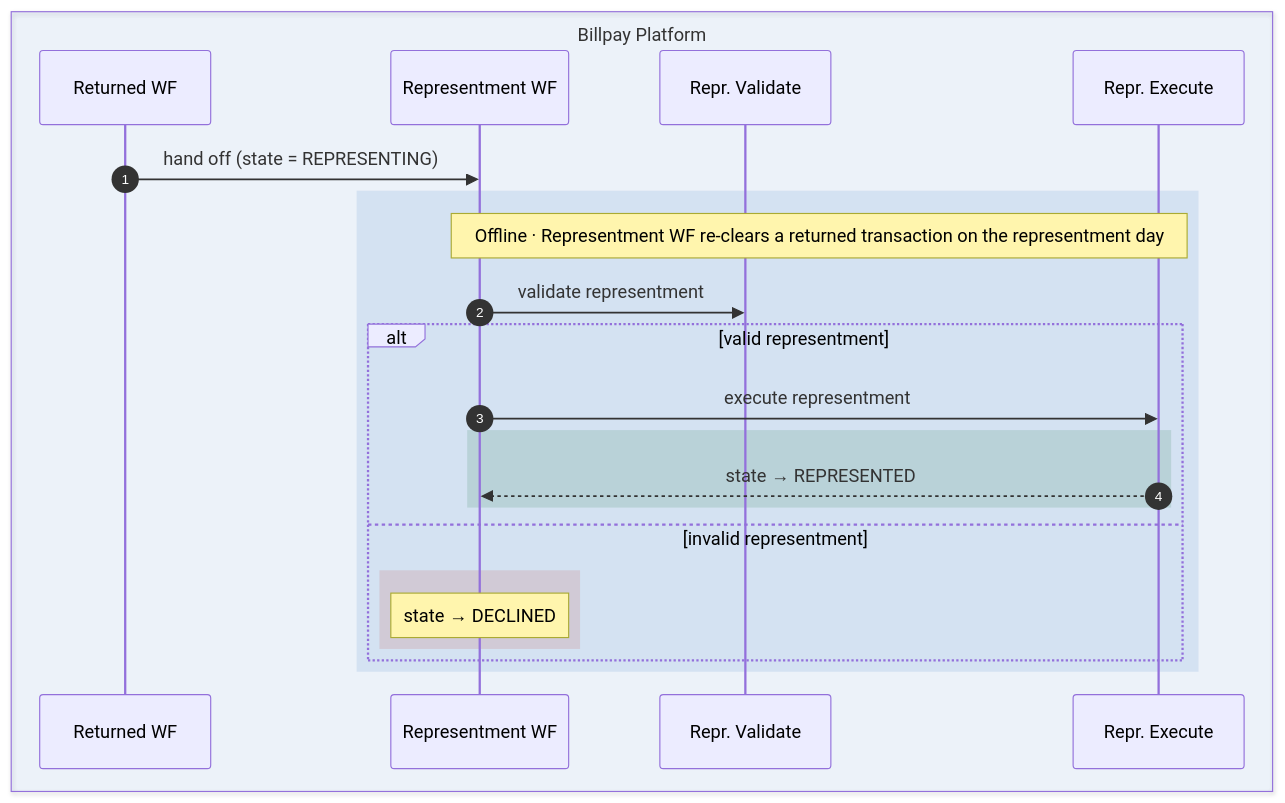
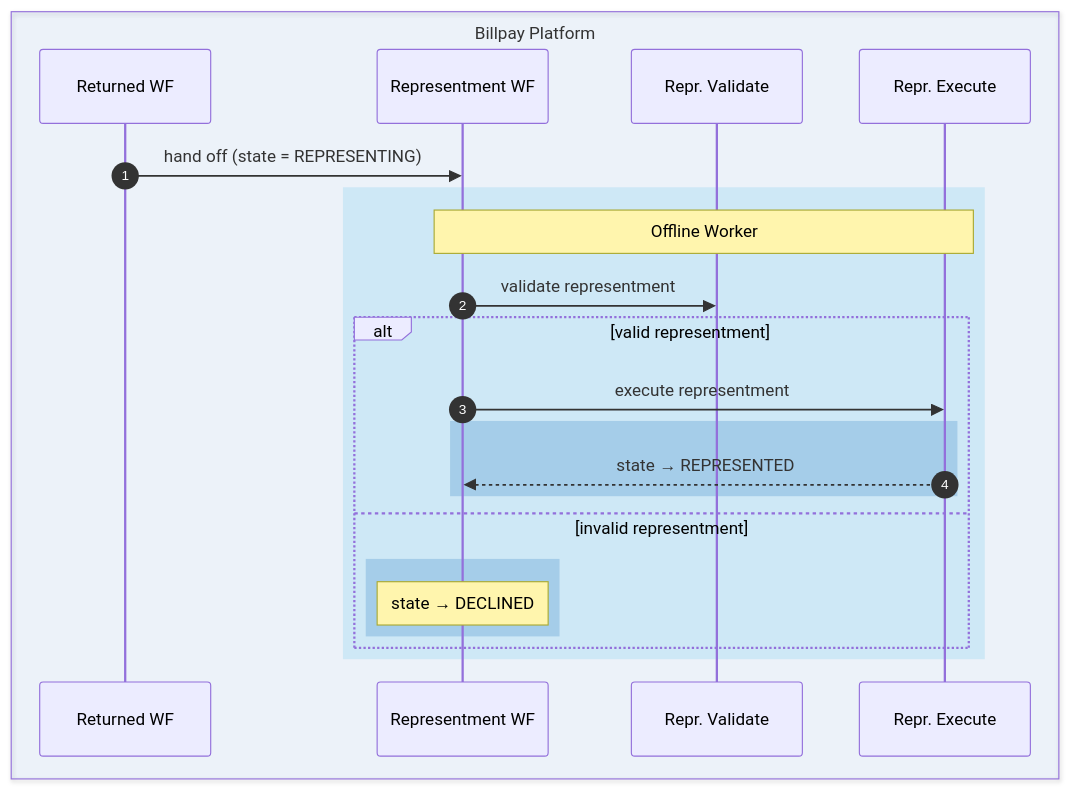
One commit to arunav-bhattacharya/billpay-book changed the eighth of 12 diagrams in website/docs/design/diagrams/sequence-diagram.md. Above: the diagram before and after it, drawn with Mermaid. The commit also changed other lines of this file and 63 other files, not shown here.

First line of the commit message:
Redraw the sequence diagrams in Amex blue, and make them readable

````diff
--- a/website/docs/design/diagrams/sequence-diagram.md
+++ b/website/docs/design/diagrams/sequence-diagram.md
@@ -569,28 +638,36 @@
 ```mermaid
+---
+# Sans, not the site's mono: it reads better at this size and lays out about
+# 20% narrower. It has to be declared per diagram because Mermaid's global
+# fontFamily is mono for the state diagrams and overrides sequence.*FontFamily.
+config:
+  fontFamily: "BentonSansUI, Helvetica, Arial, sans-serif"
+  fontSize: 15
+---
 sequenceDiagram
   autonumber
 
   box rgba(1,111,208,0.06) Billpay Platform
     participant PR as Returned WF
     participant PRP as Representment WF
     participant PRRV as Repr. Validate
     participant PRRX as Repr. Execute
   end
 
   PR->>PRP: hand off (state = REPRESENTING)
 
-  rect rgba(1,91,179,0.10)
-    Note over PRP,PRRX: Offline · Representment WF re-clears a returned transaction on the representment day
+  rect rgba(0,163,224,0.13)
+    Note over PRP,PRRX: Offline Worker
     PRP->>PRRV: validate representment
     alt valid representment
       PRP->>PRRX: execute representment
-      rect rgba(47,125,84,0.16)
+      rect rgba(0,98,182,0.20)
         PRRX-->>PRP: state → REPRESENTED
       end
     else invalid representment
-      rect rgba(192,57,43,0.14)
+      rect rgba(0,98,182,0.20)
         Note over PRP: state → DECLINED
       end
     end
   end
 ```
````
